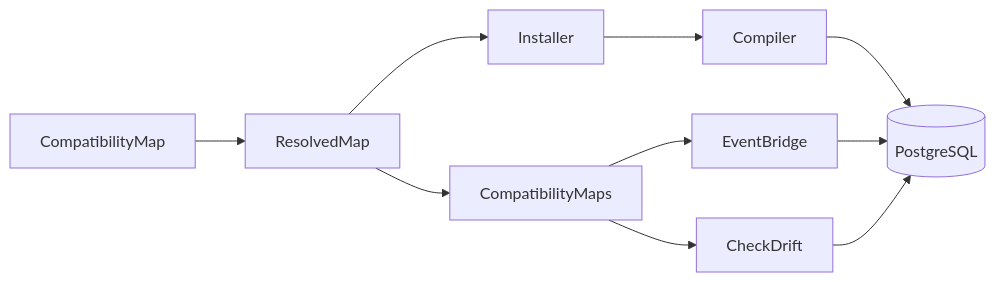
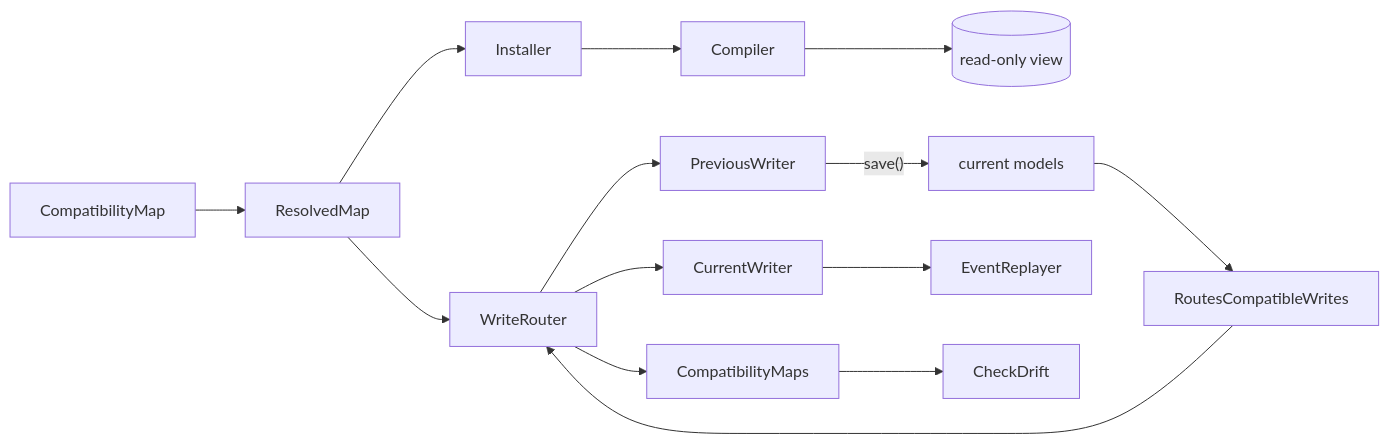
Before and after one commit to AryeoHQ/eloquent-compatibility: the diagram in docs/architecture.md, drawn with Mermaid. The commit also changed other lines of this file and 35 other files, not shown here.

First line of the commit message:
docs(compatibility): document the write router and the trigger-free schema

````diff
--- a/docs/architecture.md
+++ b/docs/architecture.md
@@ -36,12 +41,16 @@
 ```mermaid
 flowchart LR
   Map["CompatibilityMap"] --> Resolved["ResolvedMap"]
   Resolved --> Installer
   Installer --> Compiler
-  Compiler --> Database[("PostgreSQL")]
-  Resolved --> Registry["CompatibilityMaps"]
-  Registry --> Bridge["EventBridge"]
+  Compiler --> View[("read-only view")]
+  Resolved --> Router["WriteRouter"]
+  Builder["RoutesCompatibleWrites"] --> Router
+  Router --> Previous["PreviousWriter"]
+  Router --> Current["CurrentWriter"]
+  Previous -->|"save()"| Models["current models"]
+  Models --> Builder
+  Current --> Replayer["EventReplayer"]
+  Router --> Registry["CompatibilityMaps"]
   Registry --> Check["CheckDrift"]
-  Bridge --> Database
-  Check --> Database
 ```
````
